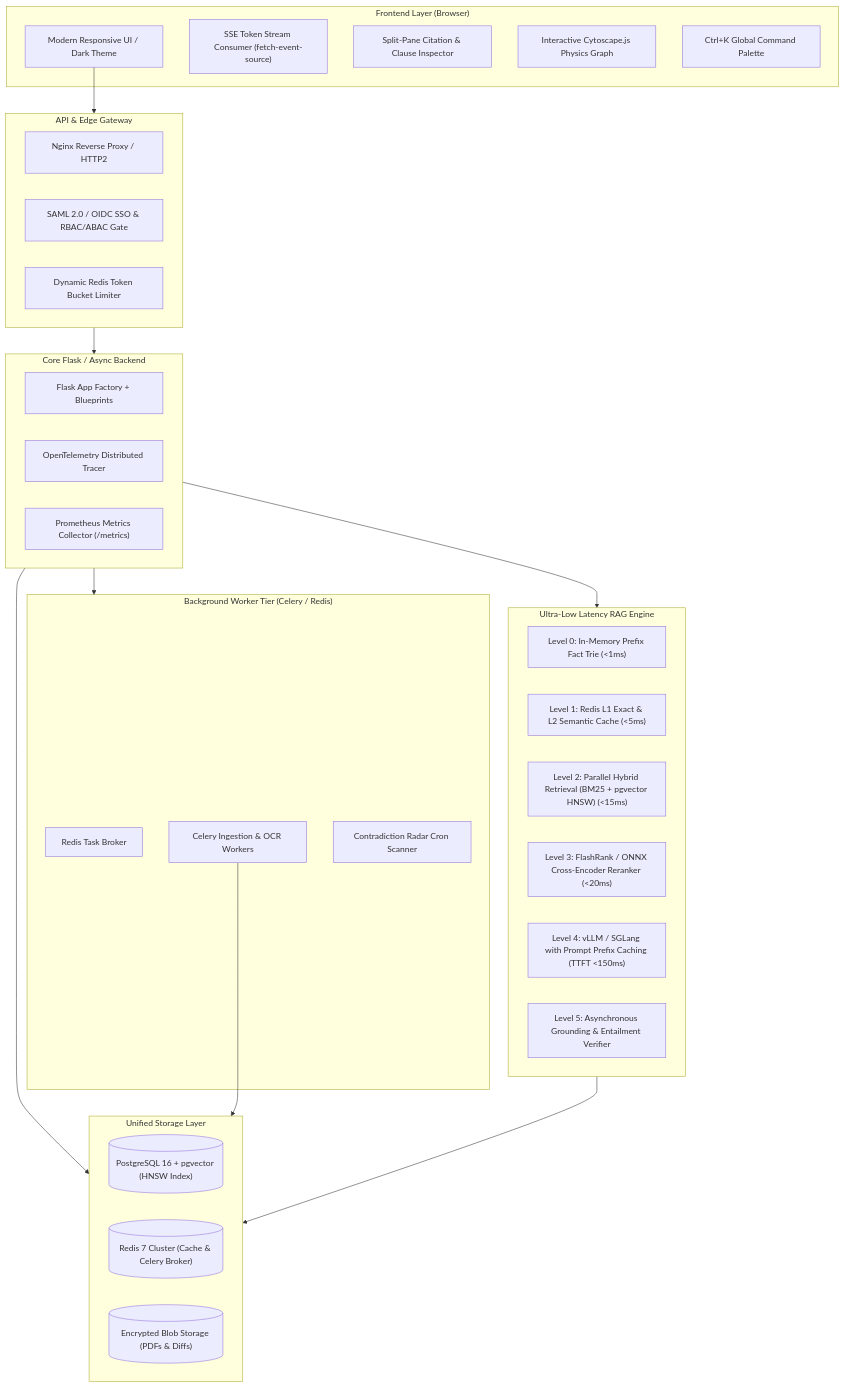
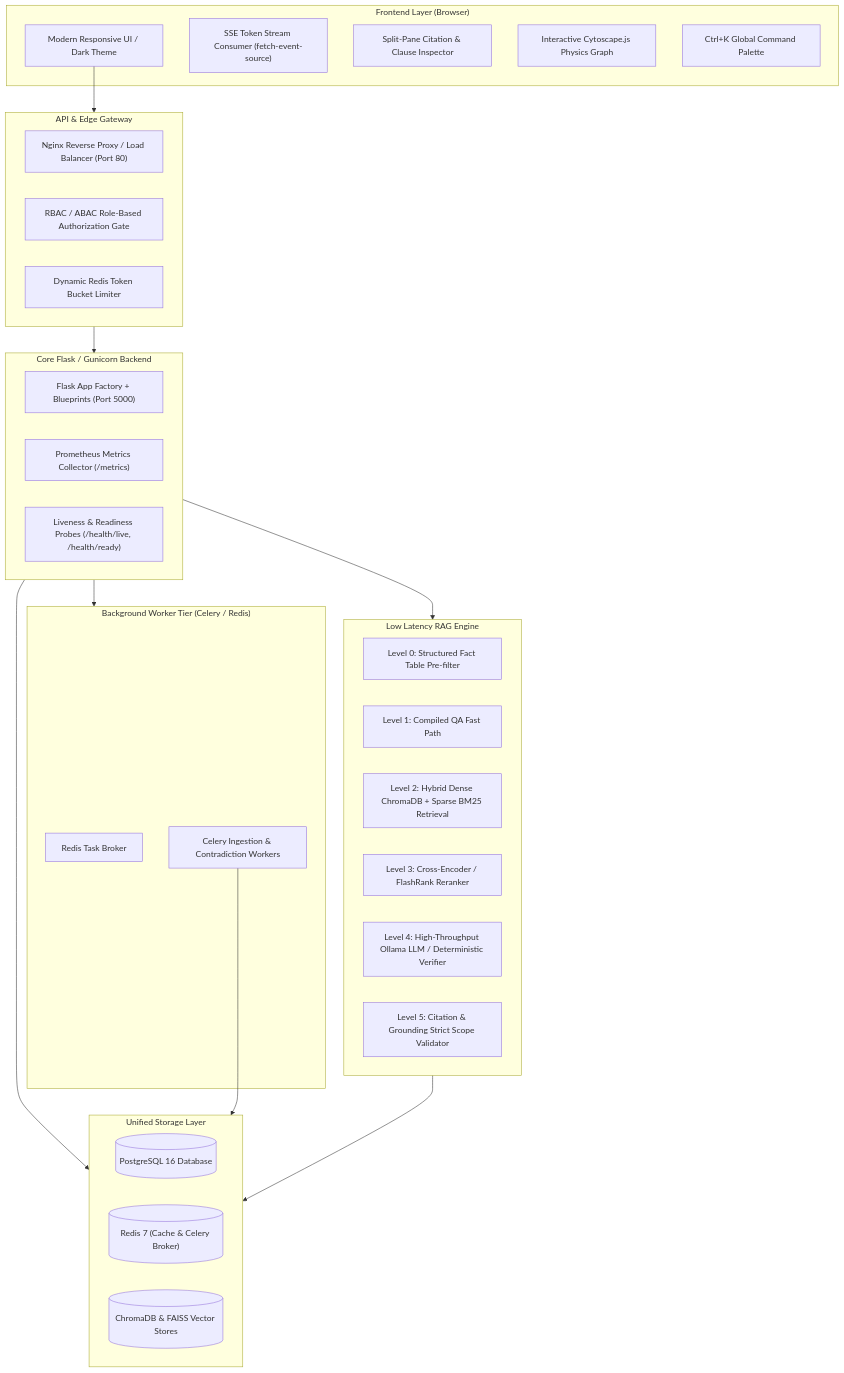
Before and after one commit to Suyash060825/Version-aware-system: the diagram in prod.md, drawn with Mermaid. The commit also changed other lines of this file and 17 other files, not shown here.

````diff
--- a/prod.md
+++ b/prod.md
@@ -9,51 +9,50 @@
 ```mermaid
 flowchart TD
     subgraph Client ["Frontend Layer (Browser)"]
         UI["Modern Responsive UI / Dark Theme"]
         SSE["SSE Token Stream Consumer (fetch-event-source)"]
         Drawer["Split-Pane Citation & Clause Inspector"]
         Graph["Interactive Cytoscape.js Physics Graph"]
         CmdK["Ctrl+K Global Command Palette"]
     end
 
     subgraph Gateway ["API & Edge Gateway"]
-        Nginx["Nginx Reverse Proxy / HTTP2"]
-        Auth["SAML 2.0 / OIDC SSO & RBAC/ABAC Gate"]
+        Nginx["Nginx Reverse Proxy / Load Balancer (Port 80)"]
+        Auth["RBAC / ABAC Role-Based Authorization Gate"]
         Limiter["Dynamic Redis Token Bucket Limiter"]
     end
 
-    subgraph CoreBackend ["Core Flask / Async Backend"]
-        App["Flask App Factory + Blueprints"]
-        OTel["OpenTelemetry Distributed Tracer"]
-        Prom["Prometheus Metrics Collector (/metrics)"]
+    subgraph CoreBackend ["Core Flask / Gunicorn Backend"]
+        App["Flask App Factory + Blueprints (Port 5000)"]
+        Metrics["Prometheus Metrics Collector (/metrics)"]
+        Health["Liveness & Readiness Probes (/health/live, /health/ready)"]
     end
 
     subgraph AsyncTasks ["Background Worker Tier (Celery / Redis)"]
         Queue["Redis Task Broker"]
-        Workers["Celery Ingestion & OCR Workers"]
-        Scanner["Contradiction Radar Cron Scanner"]
+        Workers["Celery Ingestion & Contradiction Workers"]
     end
 
-    subgraph RAGPipeline ["Ultra-Low Latency RAG Engine"]
-        L0["Level 0: In-Memory Prefix Fact Trie (<1ms)"]
-        L1["Level 1: Redis L1 Exact & L2 Semantic Cache (<5ms)"]
-        L2["Level 2: Parallel Hybrid Retrieval (BM25 + pgvector HNSW) (<15ms)"]
-        L3["Level 3: FlashRank / ONNX Cross-Encoder Reranker (<20ms)"]
-        L4["Level 4: vLLM / SGLang with Prompt Prefix Caching (TTFT <150ms)"]
-        L5["Level 5: Asynchronous Grounding & Entailment Verifier"]
+    subgraph RAGPipeline ["Low Latency RAG Engine"]
+        L0["Level 0: Structured Fact Table Pre-filter"]
+        L1["Level 1: Compiled QA Fast Path"]
+        L2["Level 2: Hybrid Dense ChromaDB + Sparse BM25 Retrieval"]
+        L3["Level 3: Cross-Encoder / FlashRank Reranker"]
+        L4["Level 4: High-Throughput Ollama LLM / Deterministic Verifier"]
+        L5["Level 5: Citation & Grounding Strict Scope Validator"]
     end
 
     subgraph DataTier ["Unified Storage Layer"]
-        PG[("PostgreSQL 16 + pgvector (HNSW Index)")]
-        RedisDB[("Redis 7 Cluster (Cache & Celery Broker)")]
-        S3[("Encrypted Blob Storage (PDFs & Diffs)")]
+        PG[("PostgreSQL 16 Database")]
+        RedisDB[("Redis 7 (Cache & Celery Broker)")]
+        LocalStore[("ChromaDB & FAISS Vector Stores")]
     end
 
     UI --> Gateway
     Gateway --> CoreBackend
     CoreBackend --> RAGPipeline
     CoreBackend --> AsyncTasks
     CoreBackend --> DataTier
     Workers --> DataTier
     RAGPipeline --> DataTier
 ```
````
